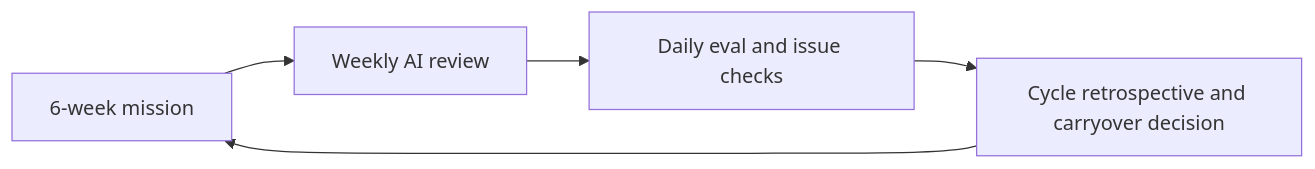
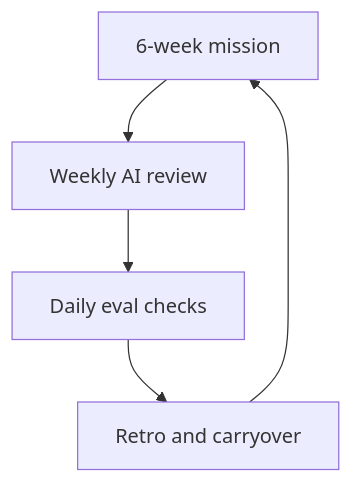
Before and after one commit to ArslanArda/ai-pm-playbook: the diagram in skills/ai-pm-playbook/references/playbook/05-ai-team-operations/README.md, drawn with Mermaid. The commit also changed 9 other files, not shown here.

Commit message:
Make workflow diagrams render more reliably on GitHub

````diff
--- a/skills/ai-pm-playbook/references/playbook/05-ai-team-operations/README.md
+++ b/skills/ai-pm-playbook/references/playbook/05-ai-team-operations/README.md
@@ -59,7 +59,7 @@
 ```mermaid
-flowchart LR
+flowchart TD
     A["6-week mission"] --> B["Weekly AI review"]
-    B --> C["Daily eval and issue checks"]
-    C --> D["Cycle retrospective and carryover decision"]
+    B --> C["Daily eval checks"]
+    C --> D["Retro and carryover"]
     D --> A
 ```
````
